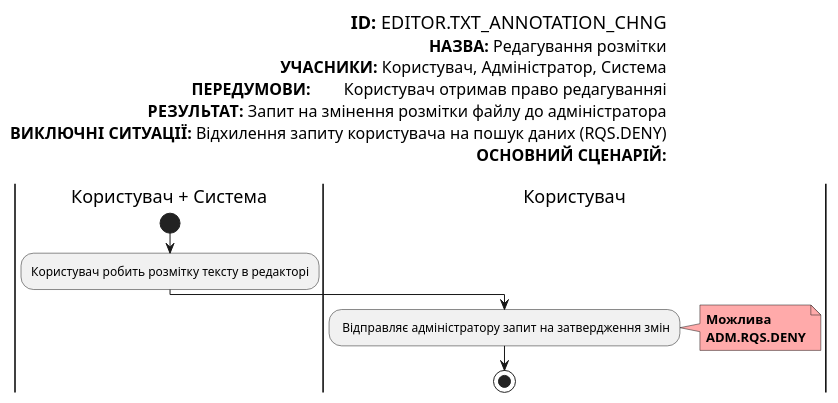
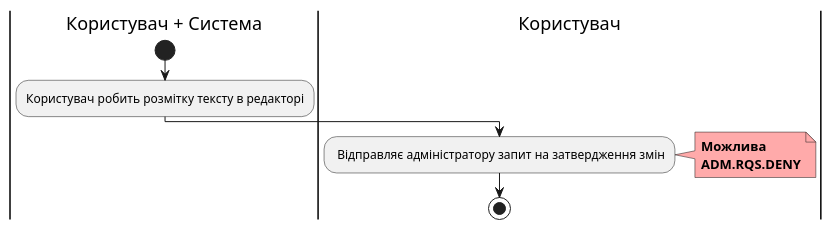
The seventh of 16 diagrams in docs/use cases/README.md (boldak/edu-db-cw), drawn with PlantUML before and after one commit. The commit also changed other lines of this file, not shown here.

```diff
--- a/docs/use cases/README.md
+++ b/docs/use cases/README.md
@@ -234,33 +227,22 @@
 @startuml
-
-left header
-  <font color=000 size=18><b>ID:</b> EDITOR.TXT_ANNOTATION_CHNG
-  <font color=000 size=16><b>НАЗВА:</b> Редагування розмітки
-  <font color=000 size=16><b>УЧАСНИКИ:</b> Користувач, Адміністратор, Система
-  <font color=000 size=16><b>ПЕРЕДУМОВИ:</b>  	Користувач отримав право редагуванняі
-  <font color=000 size=16><b>РЕЗУЛЬТАТ:</b> Запит на змінення розмітки файлу до адміністратора
-  <font color=000 size=16><b>ВИКЛЮЧНІ СИТУАЦІЇ:</b> Відхилення запиту користувача на пошук даних (RQS.DENY)
-  <font color=000 size=16><b>ОСНОВНИЙ СЦЕНАРІЙ:</b>
-
-end header
 
 |Користувач + Система|
     start
     :Користувач робить розмітку тексту в редакторі;
 
 
 
 
 
 |Користувач|
     : Відправляє адміністратору запит на затвердження змін;
 
     note right #ffaaaa
     <b>Можлива</b>
     <b>ADM.RQS.DENY</b>
     end note
 
 
 
     stop;
 @enduml
```
